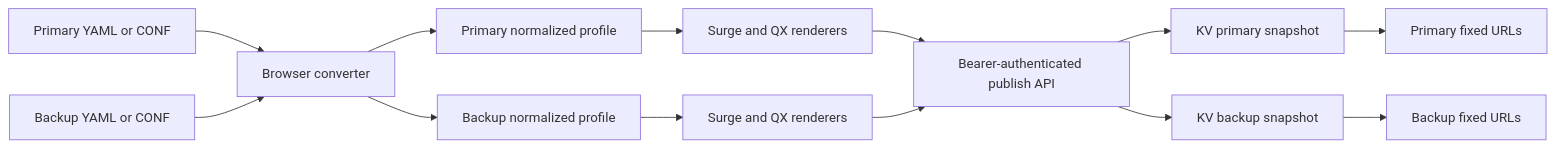
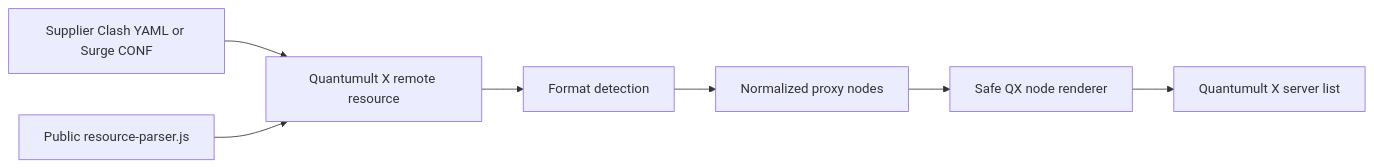
The first of 2 diagrams in doc/architecture/overview.md (niyangup/proxy-profile-service), drawn with Mermaid before and after one commit. The commit also changed other lines of this file and 60 other files, not shown here.

Commit message:
Replace profile service with QX resource parser

````diff
--- a/doc/architecture/overview.md
+++ b/doc/architecture/overview.md
@@ -5,15 +5,9 @@
 ```mermaid
 flowchart LR
-  A[Primary YAML or CONF] --> C[Browser converter]
-  B[Backup YAML or CONF] --> C
-  C --> D[Primary normalized profile]
-  C --> E[Backup normalized profile]
-  D --> F[Surge and QX renderers]
-  E --> G[Surge and QX renderers]
-  F --> H[Bearer-authenticated publish API]
-  G --> H
-  H --> I[KV primary snapshot]
-  H --> J[KV backup snapshot]
-  I --> K[Primary fixed URLs]
-  J --> L[Backup fixed URLs]
+  A[Supplier Clash YAML or Surge CONF] --> B[Quantumult X remote resource]
+  C[Public resource-parser.js] --> B
+  B --> D[Format detection]
+  D --> E[Normalized proxy nodes]
+  E --> F[Safe QX node renderer]
+  F --> G[Quantumult X server list]
 ```
````
